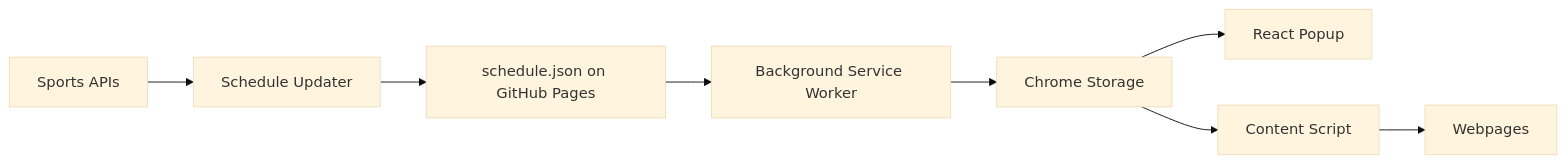
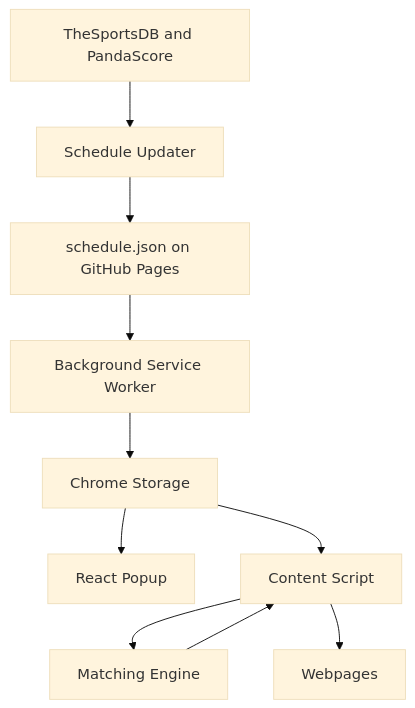
Before and after one commit to cis3296-F26-Applebaum-Nguyen/stopspoiling: the diagram in documentation/docs/requirements/system-block-diagram.md, drawn with Mermaid (base theme). The commit also changed other lines of this file, not shown here.

Commit message:
Address architecture review feedback

````diff
--- a/documentation/docs/requirements/system-block-diagram.md
+++ b/documentation/docs/requirements/system-block-diagram.md
@@ -11,10 +11,12 @@
 ```mermaid
-flowchart LR
-    API[Sports APIs] --> UPDATER[Schedule Updater]
+flowchart TD
+    API[TheSportsDB and PandaScore] --> UPDATER[Schedule Updater]
     UPDATER --> JSON[schedule.json on GitHub Pages]
     JSON --> WORKER[Background Service Worker]
     WORKER --> STORAGE[Chrome Storage]
     STORAGE --> POPUP[React Popup]
     STORAGE --> CONTENT[Content Script]
+    CONTENT --> ENGINE[Matching Engine]
+    ENGINE --> CONTENT
     CONTENT --> WEB[Webpages]
 ```
````
